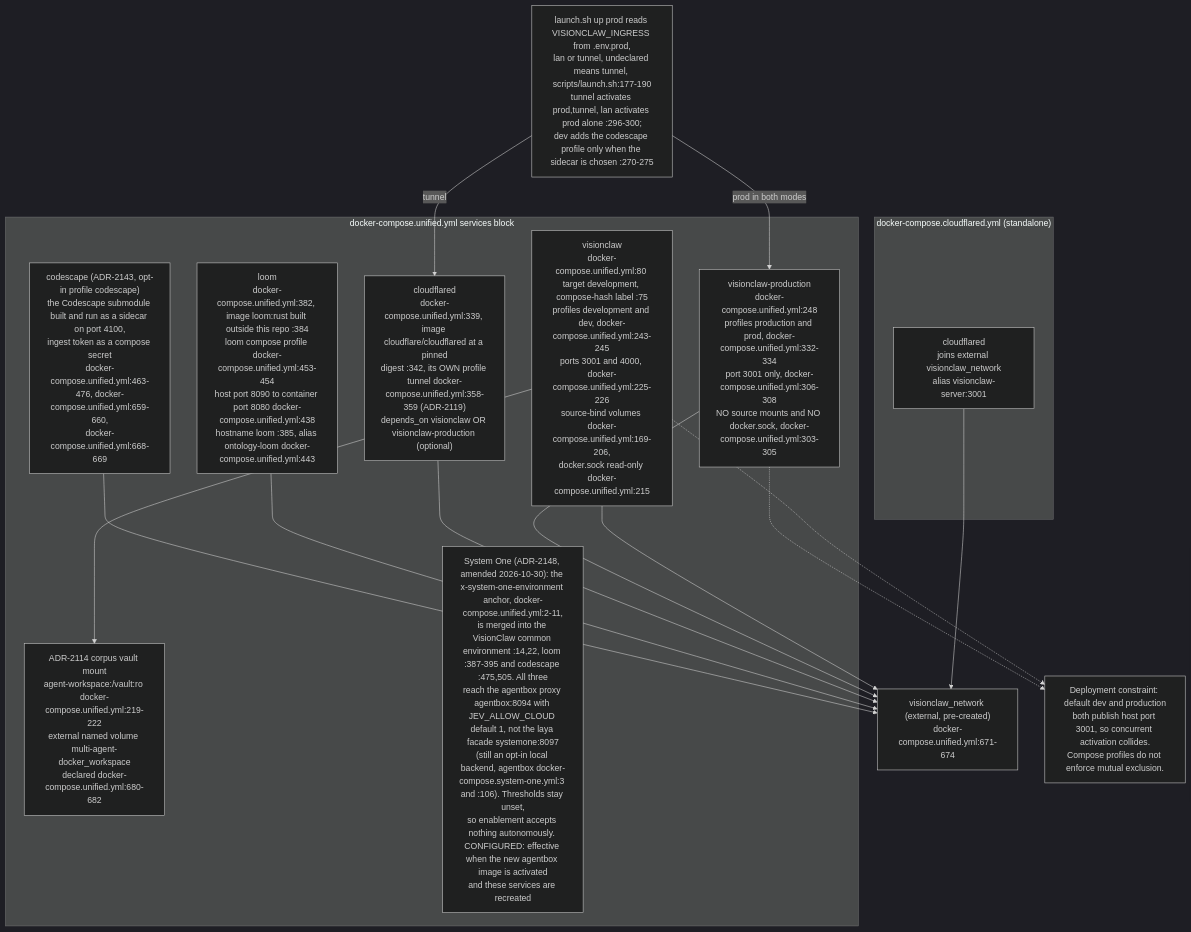
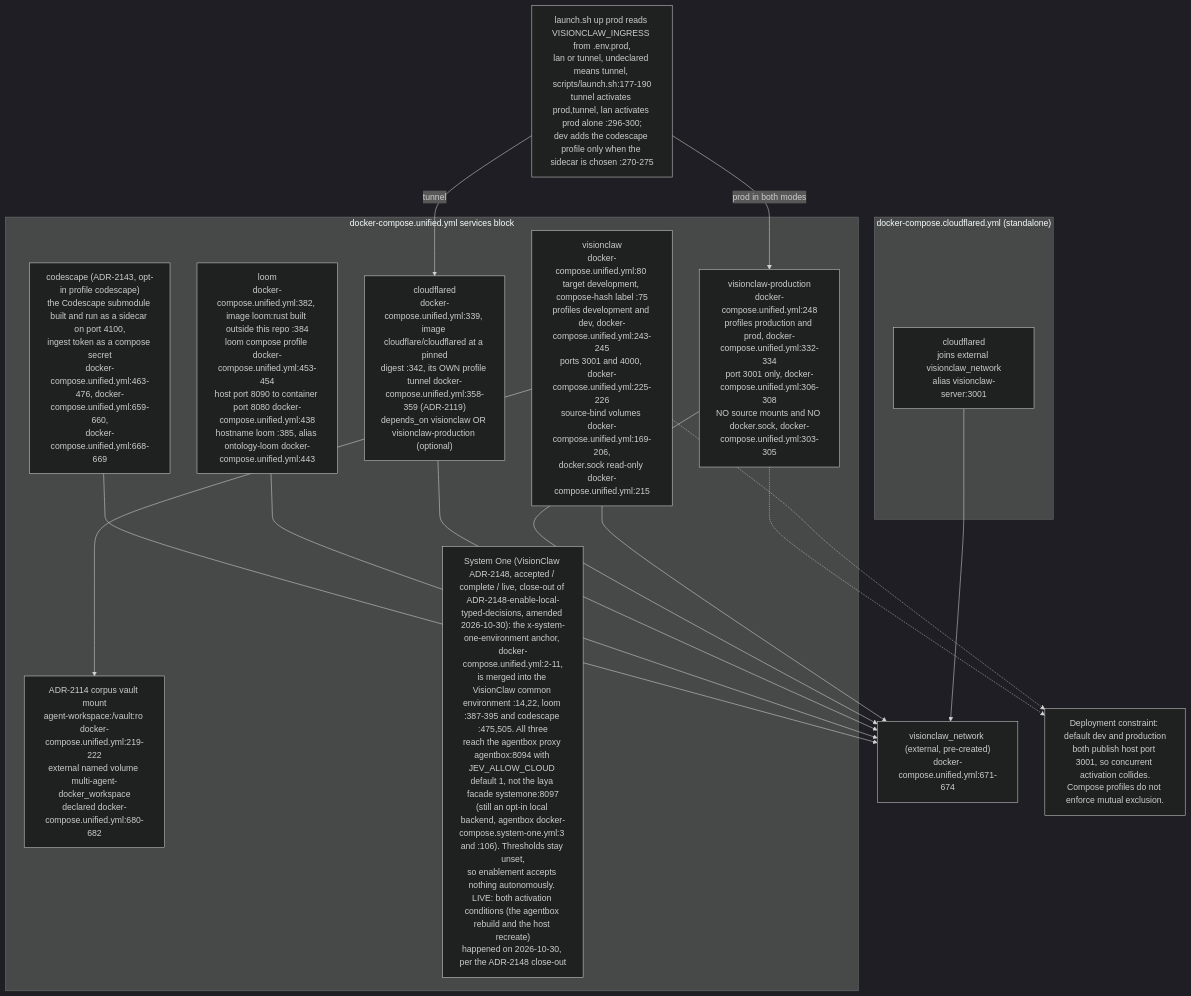
The eighth of 24 diagrams in docs/diagrams/estate/09-build-deploy-and-ci-estate.md (DreamLab-AI/VisionFlow), drawn with Mermaid (dark theme) before and after one commit. The commit also changed other lines of this file and 151 other files, not shown here.

````diff
--- a/docs/diagrams/estate/09-build-deploy-and-ci-estate.md
+++ b/docs/diagrams/estate/09-build-deploy-and-ci-estate.md
@@ -302,31 +303,31 @@
 ```mermaid
 flowchart TB
     subgraph PROFILES["docker-compose.unified.yml services block"]
         DEVSVC["visionclaw<br/>docker-compose.unified.yml:80 target development, compose-hash label :75<br/>profiles development and dev, docker-compose.unified.yml:243-245<br/>ports 3001 and 4000, docker-compose.unified.yml:225-226<br/>source-bind volumes docker-compose.unified.yml:169-206,<br/>docker.sock read-only docker-compose.unified.yml:215"]
         VAULTMOUNT["ADR-2114 corpus vault mount<br/>agent-workspace:/vault:ro docker-compose.unified.yml:219-222<br/>external named volume multi-agent-docker_workspace<br/>declared docker-compose.unified.yml:680-682"]
         PRODSVC["visionclaw-production<br/>docker-compose.unified.yml:248<br/>profiles production and prod, docker-compose.unified.yml:332-334<br/>port 3001 only, docker-compose.unified.yml:306-308<br/>NO source mounts and NO docker.sock, docker-compose.unified.yml:303-305"]
         CLOUDFLARED["cloudflared<br/>docker-compose.unified.yml:339, image cloudflare/cloudflared at a pinned<br/>digest :342, its OWN profile tunnel docker-compose.unified.yml:358-359 (ADR-2119)<br/>depends_on visionclaw OR visionclaw-production (optional)"]
         LOOM["loom<br/>docker-compose.unified.yml:382, image loom:rust built outside this repo :384<br/>loom compose profile docker-compose.unified.yml:453-454<br/>host port 8090 to container port 8080 docker-compose.unified.yml:438<br/>hostname loom :385, alias ontology-loom docker-compose.unified.yml:443"]
         CODESCAPE["codescape (ADR-2143, opt-in profile codescape)<br/>the Codescape submodule built and run as a sidecar on port 4100,<br/>ingest token as a compose secret<br/>docker-compose.unified.yml:463-476, docker-compose.unified.yml:659-660,<br/>docker-compose.unified.yml:668-669"]
-        SYS1["System One (ADR-2148, amended 2026-10-30): the x-system-one-environment anchor, docker-compose.unified.yml:2-11,<br/>is merged into the VisionClaw common environment :14,22, loom :387-395 and codescape :475,505. All three<br/>reach the agentbox proxy agentbox:8094 with JEV_ALLOW_CLOUD default 1, not the laya facade systemone:8097<br/>(still an opt-in local backend, agentbox docker-compose.system-one.yml:3 and :106). Thresholds stay unset,<br/>so enablement accepts nothing autonomously. CONFIGURED: effective when the new agentbox image is activated<br/>and these services are recreated"]
+        SYS1["System One (VisionClaw ADR-2148, accepted / complete / live, close-out of ADR-2148-enable-local-typed-decisions, amended 2026-10-30): the x-system-one-environment anchor, docker-compose.unified.yml:2-11,<br/>is merged into the VisionClaw common environment :14,22, loom :387-395 and codescape :475,505. All three<br/>reach the agentbox proxy agentbox:8094 with JEV_ALLOW_CLOUD default 1, not the laya facade systemone:8097<br/>(still an opt-in local backend, agentbox docker-compose.system-one.yml:3 and :106). Thresholds stay unset,<br/>so enablement accepts nothing autonomously. LIVE: both activation conditions (the agentbox rebuild and the host recreate)<br/>happened on 2026-10-30, per the ADR-2148 close-out"]
     end
     subgraph EXTFILE["docker-compose.cloudflared.yml (standalone)"]
         CFSTANDALONE["cloudflared<br/>joins external visionclaw_network<br/>alias visionclaw-server:3001"]
     end
     NET["visionclaw_network (external, pre-created)<br/>docker-compose.unified.yml:671-674"]
     INGRESS["launch.sh up prod reads VISIONCLAW_INGRESS from .env.prod,<br/>lan or tunnel, undeclared means tunnel, scripts/launch.sh:177-190<br/>tunnel activates prod,tunnel, lan activates prod alone :296-300;<br/>dev adds the codescape profile only when the sidecar is chosen :270-275"]
     INGRESS -->|"tunnel"| CLOUDFLARED
     INGRESS -->|"prod in both modes"| PRODSVC
 
     DEVSVC --> VAULTMOUNT
     DEVSVC --> NET
     PRODSVC --> NET
     CLOUDFLARED --> NET
     LOOM --> NET
     CODESCAPE --> NET
     CFSTANDALONE --> NET
 
     GATE["Deployment constraint: default dev and production<br/>both publish host port 3001, so concurrent activation collides.<br/>Compose profiles do not enforce mutual exclusion."]
     DEVSVC -.-> GATE
     PRODSVC -.-> GATE
 ```
````
